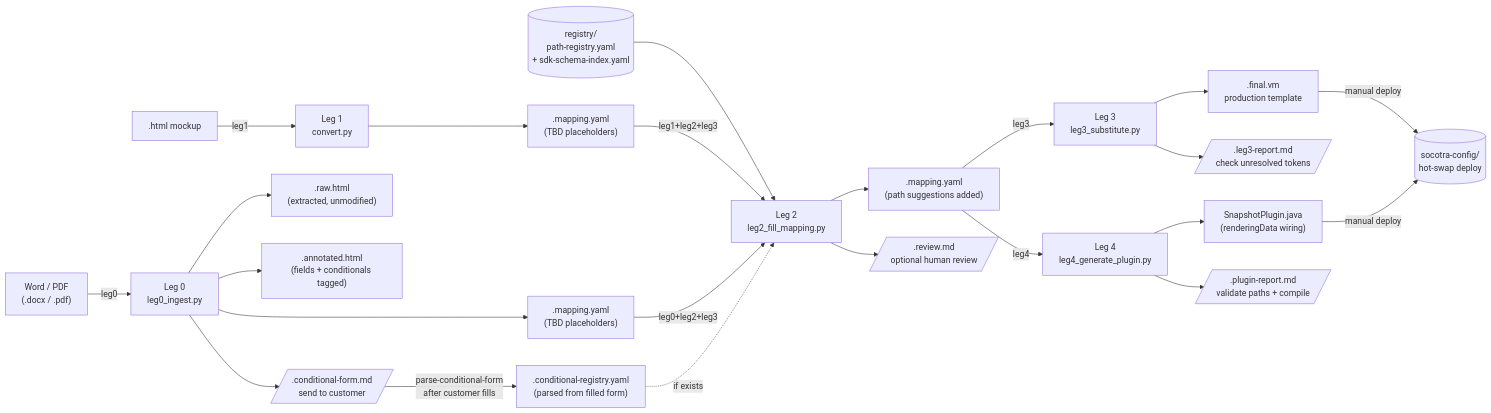
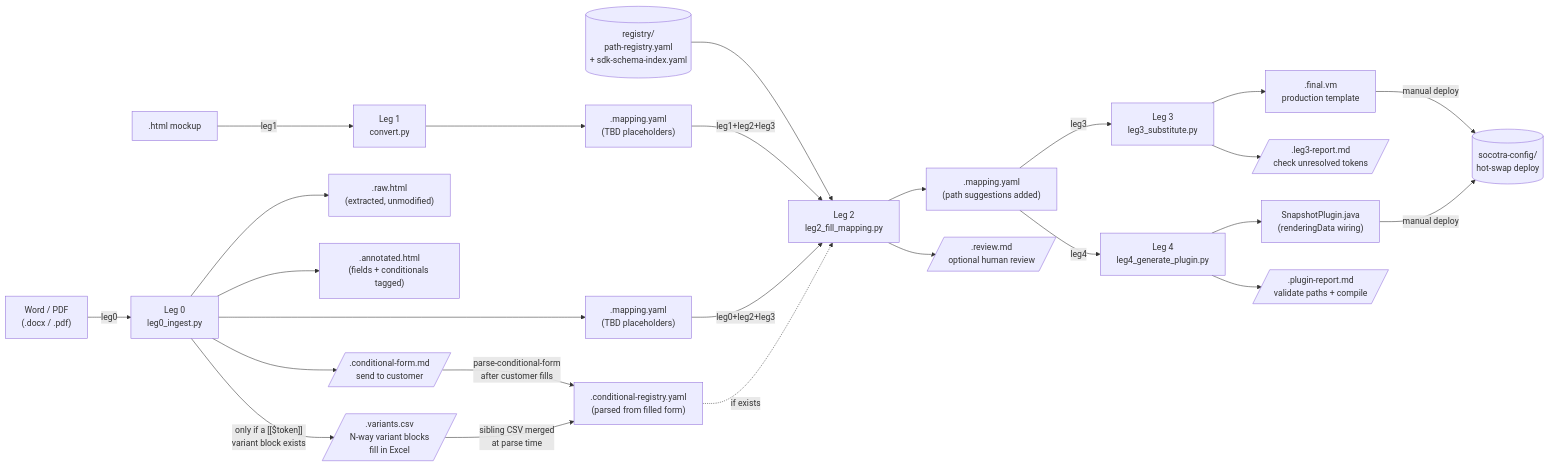
The diagram in docs/pipeline-dataflow.md (joshlawrence-web/socotra-document-conversion), drawn with Mermaid before and after one commit. The commit also changed other lines of this file and 20 other files, not shown here.

````diff
--- a/docs/pipeline-dataflow.md
+++ b/docs/pipeline-dataflow.md
@@ -5,73 +5,76 @@
 ```mermaid
 flowchart LR
   %% ── Inputs ──────────────────────────────────────────
   DOC["Word / PDF\n(.docx / .pdf)"]
   HTML[".html mockup"]
 
   %% ── Pipeline legs ───────────────────────────────────
   Leg0["Leg 0\nleg0_ingest.py"]
   Leg1["Leg 1\nconvert.py"]
   Leg2["Leg 2\nleg2_fill_mapping.py"]
   Leg3["Leg 3\nleg3_substitute.py"]
   Leg4["Leg 4\nleg4_generate_plugin.py"]
 
   %% ── Registry (shared input to Leg 2) ────────────────
   REGISTRY[("registry/\npath-registry.yaml\n+ sdk-schema-index.yaml")]
 
   %% ── Leg 0 artifacts ─────────────────────────────────
   RAW[".raw.html\n(extracted, unmodified)"]
   ANN[".annotated.html\n(fields + conditionals tagged)"]
   L0MAP[".mapping.yaml\n(TBD placeholders)"]
   FORM[/".conditional-form.md\nsend to customer"/]
+  VARCSV[/".variants.csv\nN-way variant blocks\nfill in Excel"/]
   CONDREG[".conditional-registry.yaml\n(parsed from filled form)"]
 
   %% ── Leg 1 artifact ───────────────────────────────────
   L1MAP[".mapping.yaml\n(TBD placeholders)"]
 
   %% ── Leg 2 artifacts ─────────────────────────────────
   ENRICHED[".mapping.yaml\n(path suggestions added)"]
   REVIEW[/".review.md\noptional human review"/]
 
   %% ── Leg 3 artifacts ─────────────────────────────────
   FINALVM[".final.vm\nproduction template"]
   L3RPT[/".leg3-report.md\ncheck unresolved tokens"/]
 
   %% ── Leg 4 artifacts ─────────────────────────────────
   JAVA["SnapshotPlugin.java\n(renderingData wiring)"]
   L4RPT[/".plugin-report.md\nvalidate paths + compile"/]
 
   %% ── Deploy target ────────────────────────────────────
   DEPLOY[("socotra-config/\nhot-swap deploy")]
 
   %% ── Flow ─────────────────────────────────────────────
 
   DOC -->|"leg0"| Leg0
   Leg0 --> RAW
   Leg0 --> ANN
   Leg0 --> L0MAP
   Leg0 --> FORM
+  Leg0 -->|"only if a [[$token]]\nvariant block exists"| VARCSV
   FORM -->|"parse-conditional-form\nafter customer fills"| CONDREG
+  VARCSV -->|"sibling CSV merged\nat parse time"| CONDREG
 
   HTML -->|"leg1"| Leg1
   Leg1 --> L1MAP
 
   L0MAP -->|"leg0+leg2+leg3"| Leg2
   L1MAP -->|"leg1+leg2+leg3"| Leg2
   CONDREG -.->|"if exists"| Leg2
   REGISTRY --> Leg2
 
   Leg2 --> ENRICHED
   Leg2 --> REVIEW
 
   ENRICHED -->|"leg3"| Leg3
   ENRICHED -->|"leg4"| Leg4
 
   Leg3 --> FINALVM
   Leg3 --> L3RPT
 
   Leg4 --> JAVA
   Leg4 --> L4RPT
 
   FINALVM -->|"manual deploy"| DEPLOY
   JAVA -->|"manual deploy"| DEPLOY
 ```
````
